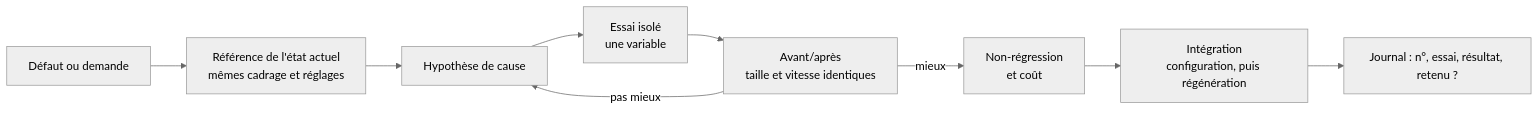
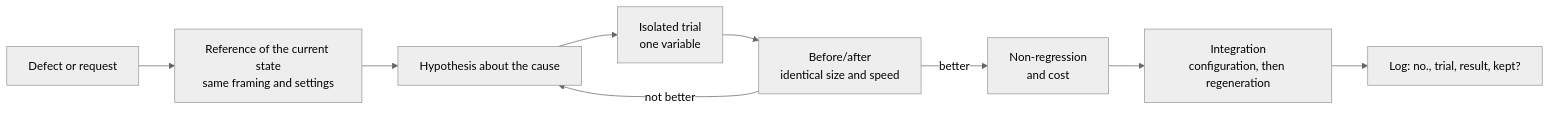
The diagram in docs/workflow/04-evidence-based-iteration.md (maoxor/ai-assisted-visual-production-playbook), drawn with Mermaid (neutral theme) before and after one commit. The commit also changed other lines of this file and 73 other files, not shown here.

````diff
--- a/docs/workflow/04-evidence-based-iteration.md
+++ b/docs/workflow/04-evidence-based-iteration.md
@@ -8,11 +8,11 @@
 ```mermaid
 flowchart LR
-    A[Défaut ou demande] --> B[Référence de l'état actuel<br/>mêmes cadrage et réglages]
-    B --> C[Hypothèse de cause]
-    C --> D[Essai isolé<br/>une variable]
-    D --> E[Avant/après<br/>taille et vitesse identiques]
-    E -->|pas mieux| C
-    E -->|mieux| F[Non-régression<br/>et coût]
-    F --> G[Intégration<br/>configuration, puis régénération]
-    G --> H[Journal : n°, essai, résultat, retenu ?]
+    A[Defect or request] --> B[Reference of the current state<br/>same framing and settings]
+    B --> C[Hypothesis about the cause]
+    C --> D[Isolated trial<br/>one variable]
+    D --> E[Before/after<br/>identical size and speed]
+    E -->|not better| C
+    E -->|better| F[Non-regression<br/>and cost]
+    F --> G[Integration<br/>configuration, then regeneration]
+    G --> H[Log: no., trial, result, kept?]
 ```
````
